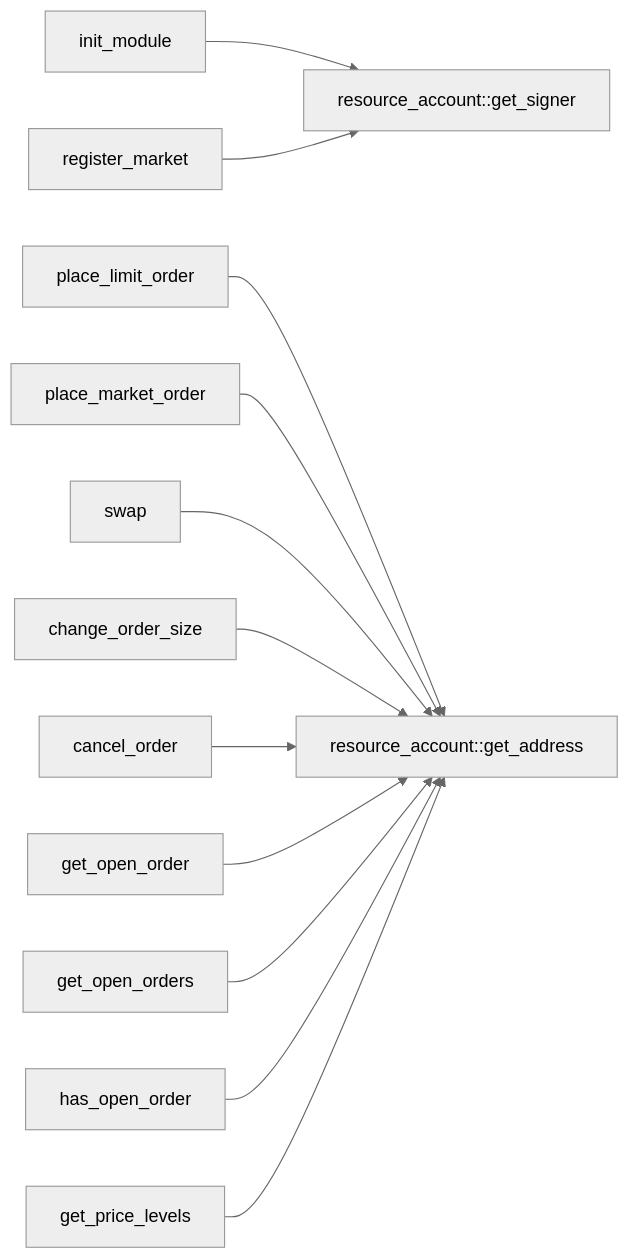
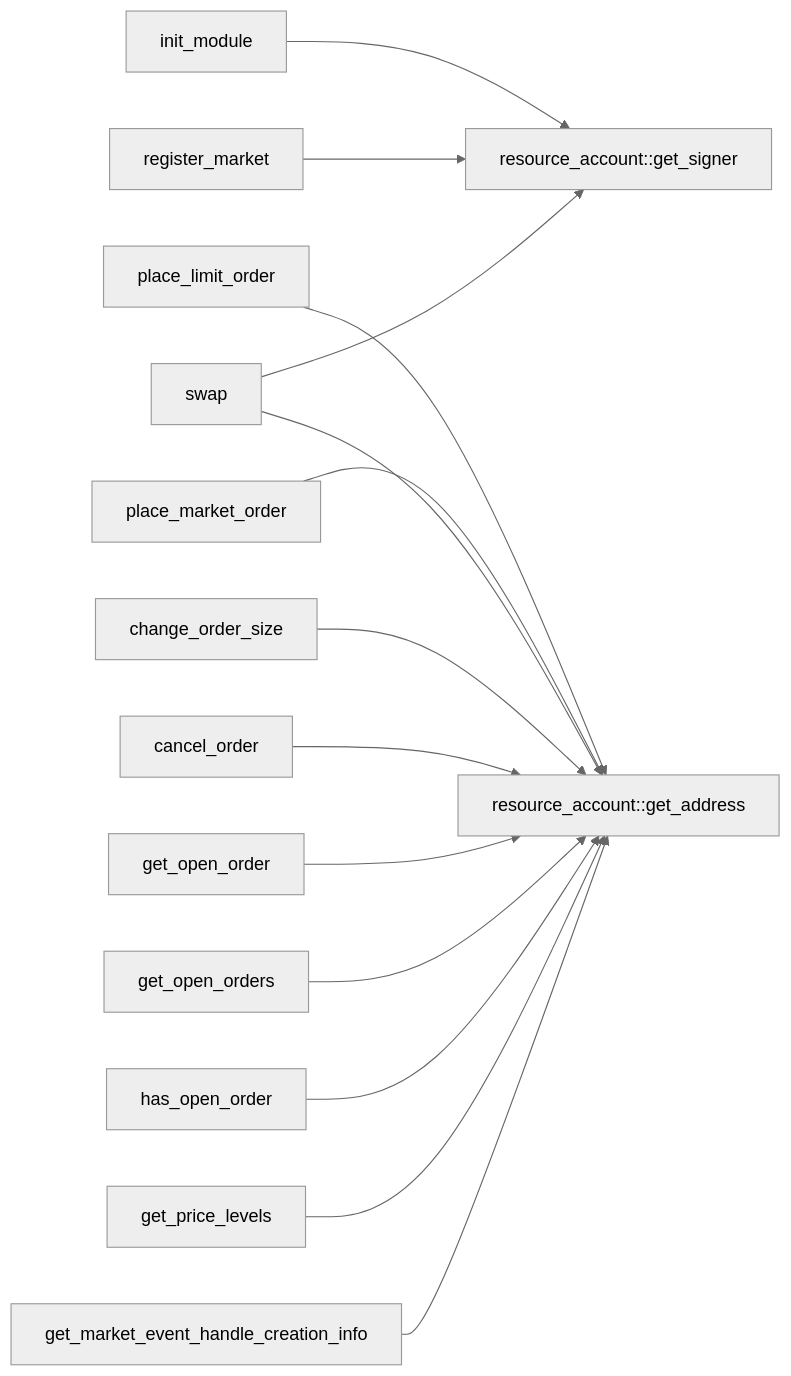
Before and after one commit to econia-labs/econia: the ninth of 10 diagrams in src/move/econia/doc/market.md, drawn with Mermaid (neutral theme). The commit also changed other lines of this file and 5 other files, not shown here.

````diff
--- a/src/move/econia/doc/market.md
+++ b/src/move/econia/doc/market.md
@@ -426,27 +446,31 @@
 ``` mermaid
 
 flowchart LR
 
 init_module --> resource_account::get_signer
 
 register_market --> resource_account::get_signer
 
 place_limit_order --> resource_account::get_address
 
 place_market_order --> resource_account::get_address
 
 swap --> resource_account::get_address
+swap --> resource_account::get_signer
 
 change_order_size --> resource_account::get_address
 
 cancel_order --> resource_account::get_address
 
 get_open_order --> resource_account::get_address
 
 get_open_orders --> resource_account::get_address
 
 has_open_order --> resource_account::get_address
 
 get_price_levels --> resource_account::get_address
 
+get_market_event_handle_creation_info -->
+resource_account::get_address
+
 ```
````
